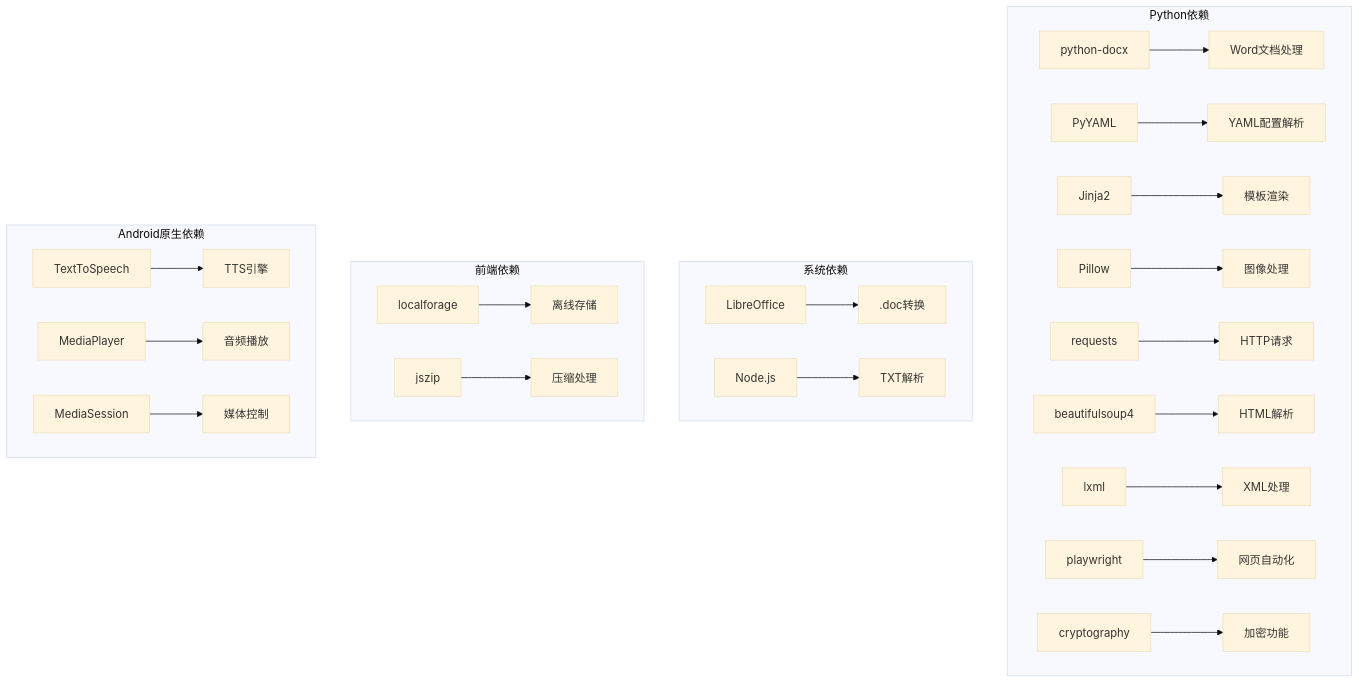
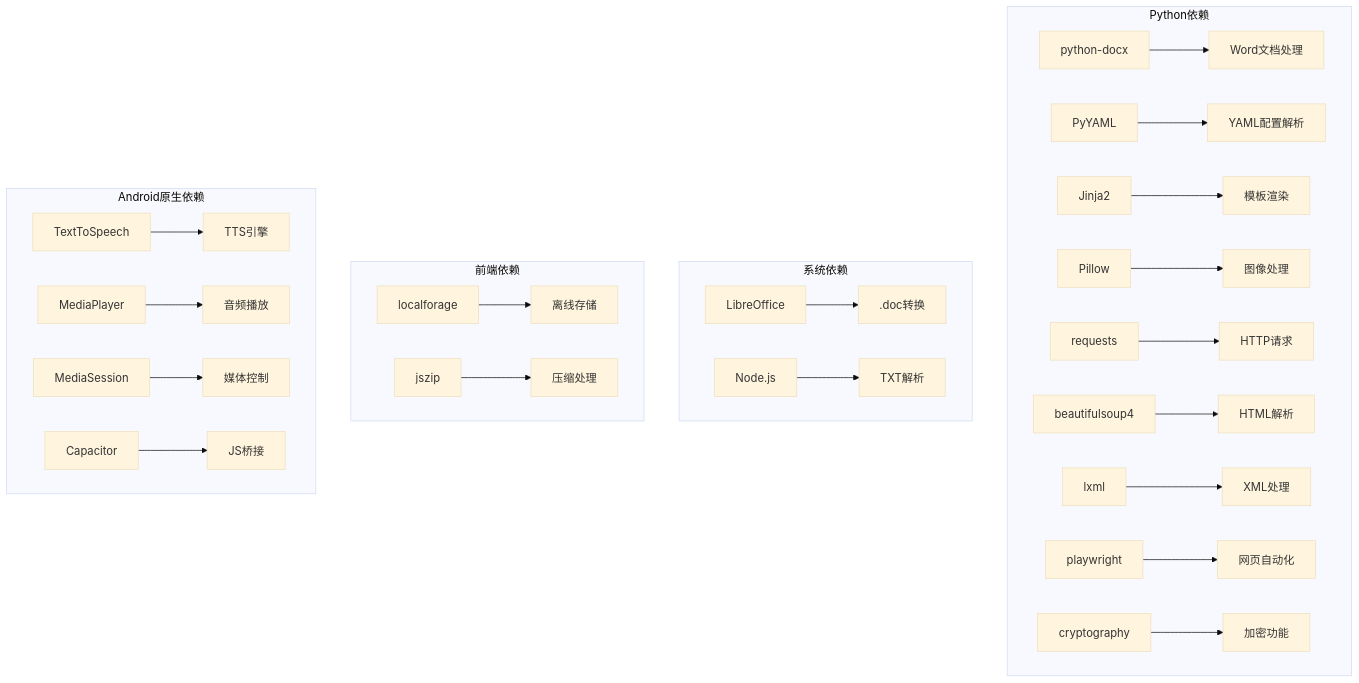
One commit to zhao-zg/cx changed the ninth of 9 diagrams in .qoder/repowiki/zh/content/移动应用开发/TTS静态实例管理系统.md. Above: the diagram before and after it, drawn with Mermaid (base theme). The commit also changed other lines of this file and 30 other files, not shown here.

````diff
--- a/.qoder/repowiki/zh/content/移动应用开发/TTS静态实例管理系统.md
+++ b/.qoder/repowiki/zh/content/移动应用开发/TTS静态实例管理系统.md
@@ -331,27 +396,28 @@
 ```mermaid
 graph TB
 subgraph "Python依赖"
 A[python-docx] --> B[Word文档处理]
 C[PyYAML] --> D[YAML配置解析]
 E[Jinja2] --> F[模板渲染]
 G[Pillow] --> H[图像处理]
 I[requests] --> J[HTTP请求]
 K[beautifulsoup4] --> L[HTML解析]
 M[lxml] --> N[XML处理]
 O[playwright] --> P[网页自动化]
 Q[cryptography] --> R[加密功能]
 end
 subgraph "系统依赖"
 S[LibreOffice] --> T[.doc转换]
 U[Node.js] --> V[TXT解析]
 end
 subgraph "前端依赖"
 W[localforage] --> X[离线存储]
 Y[jszip] --> Z[压缩处理]
 end
 subgraph "Android原生依赖"
 AA[TextToSpeech] --> AB[TTS引擎]
 AC[MediaPlayer] --> AD[音频播放]
 AE[MediaSession] --> AF[媒体控制]
+AG[Capacitor] --> AH[JS桥接]
 end
 ```
````
